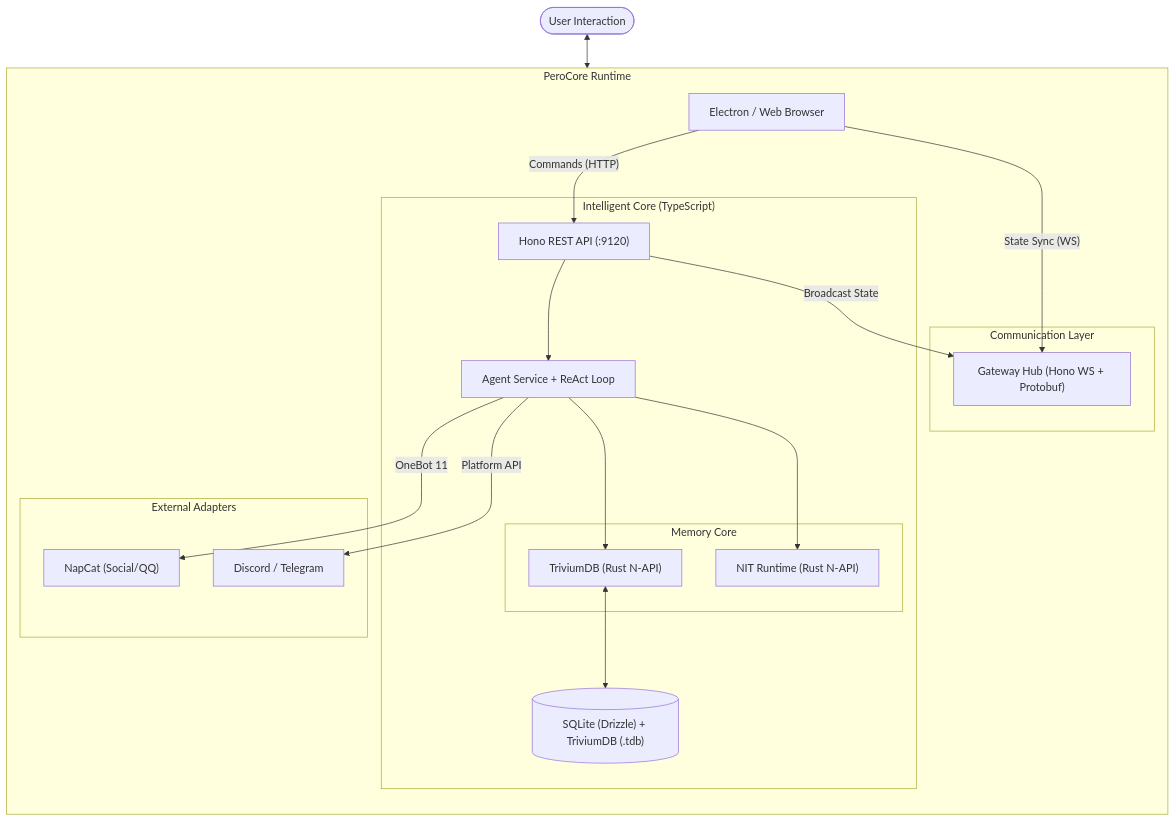
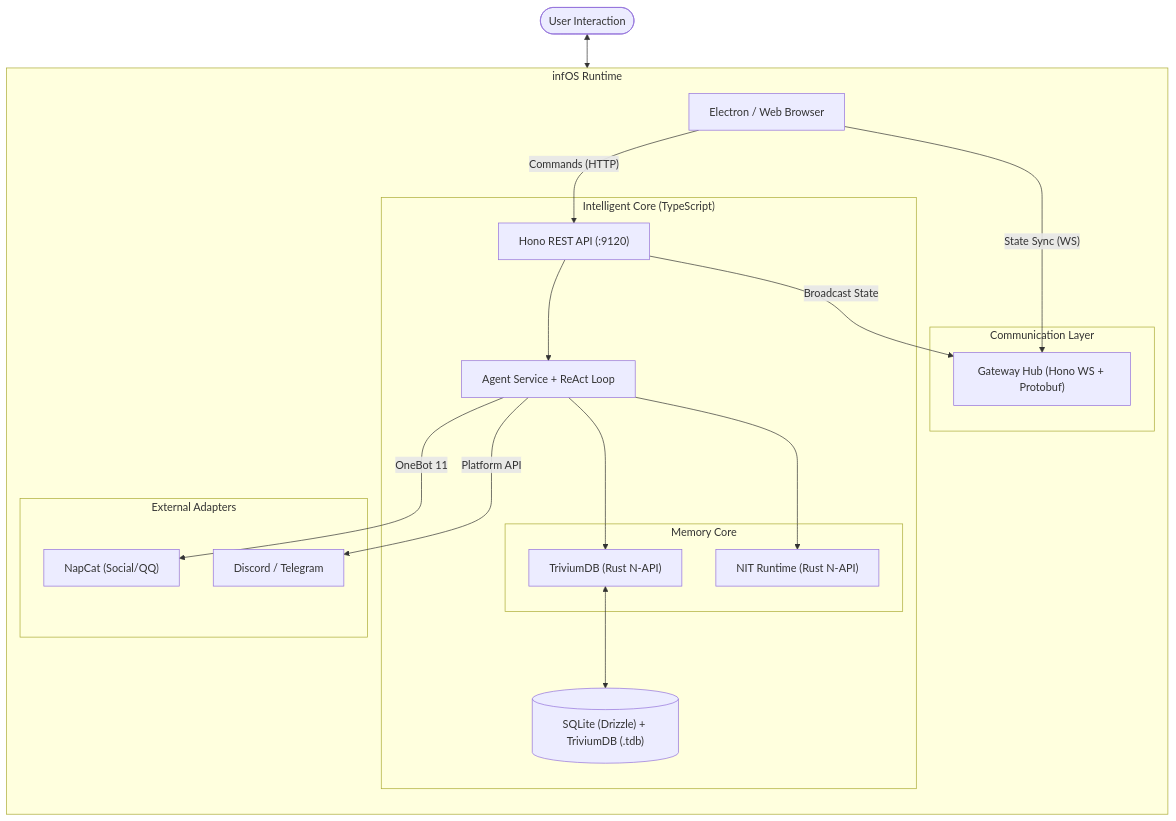
The diagram in README.md (YoKONCy/PeroCore), drawn with Mermaid before and after one commit. The commit also changed other lines of this file and 682 other files, not shown here.

````diff
--- a/README.md
+++ b/README.md
@@ -340,41 +242,41 @@
 ```mermaid
 flowchart TD
     User([User Interaction]) <--> Client["Electron / Web Browser"]
 
-    subgraph "PeroCore Runtime"
+    subgraph "infOS Runtime"
         direction TB
 
         subgraph "Communication Layer"
             Gateway["Gateway Hub (Hono WS + Protobuf)"]
         end
 
         subgraph "Intelligent Core (TypeScript)"
             API["Hono REST API (:9120)"]
             Agent["Agent Service + ReAct Loop"]
 
             subgraph "Memory Core"
                 TDB["TriviumDB (Rust N-API)"]
                 NIT["NIT Runtime (Rust N-API)"]
             end
 
             API --> Agent
             Agent --> TDB
             Agent --> NIT
 
             TDB <--> DB[("SQLite (Drizzle) + TriviumDB (.tdb)")]
         end
 
         subgraph "External Adapters"
             NapCat["NapCat (Social/QQ)"]
             Discord["Discord / Telegram"]
         end
 
         Client -- "State Sync (WS)" --> Gateway
         Client -- "Commands (HTTP)" --> API
 
         API -- "Broadcast State" --> Gateway
 
         Agent -- "OneBot 11" --> NapCat
         Agent -- "Platform API" --> Discord
     end
 ```
````
